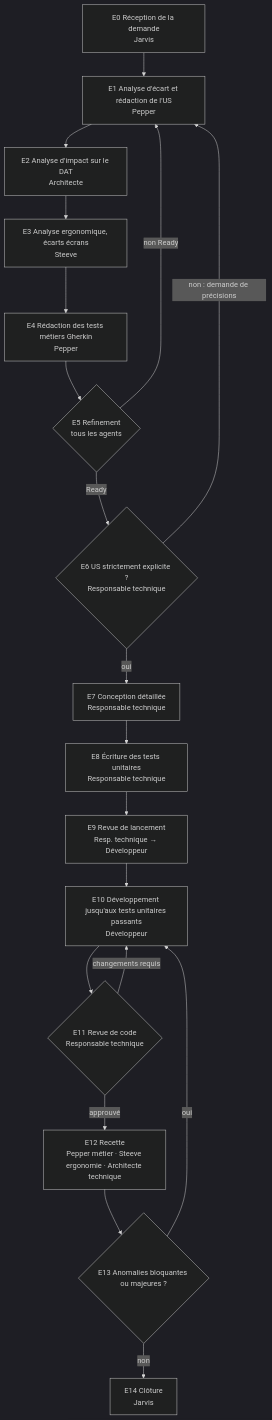
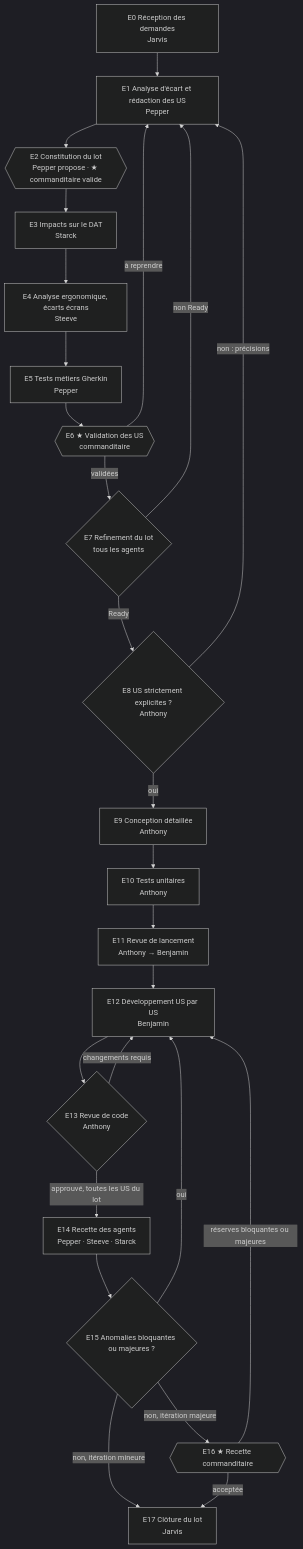
Before and after one commit to mathieublandin-create/taskapp: the diagram in docs/workflow.md, drawn with Mermaid (dark theme). The commit also changed other lines of this file and 10 other files, not shown here.

First line of the commit message:
Workflow v2 : lots, validations du commanditaire, renommage Starck / Anthony / Benjamin

````diff
--- a/docs/workflow.md
+++ b/docs/workflow.md
@@ -7,21 +32,27 @@
 ```mermaid
 flowchart TD
-    E0[E0 Réception de la demande<br/>Jarvis] --> E1[E1 Analyse d'écart et rédaction de l'US<br/>Pepper]
-    E1 --> E2[E2 Analyse d'impact sur le DAT<br/>Architecte]
-    E2 --> E3[E3 Analyse ergonomique, écarts écrans<br/>Steeve]
-    E3 --> E4[E4 Rédaction des tests métiers Gherkin<br/>Pepper]
-    E4 --> E5{E5 Refinement<br/>tous les agents}
-    E5 -- non Ready --> E1
-    E5 -- Ready --> E6{E6 US strictement explicite ?<br/>Responsable technique}
-    E6 -- non : demande de précisions --> E1
-    E6 -- oui --> E7[E7 Conception détaillée<br/>Responsable technique]
-    E7 --> E8[E8 Écriture des tests unitaires<br/>Responsable technique]
-    E8 --> E9[E9 Revue de lancement<br/>Resp. technique → Développeur]
-    E9 --> E10[E10 Développement jusqu'aux tests unitaires passants<br/>Développeur]
-    E10 --> E11{E11 Revue de code<br/>Responsable technique}
-    E11 -- changements requis --> E10
-    E11 -- approuvé --> E12[E12 Recette<br/>Pepper métier · Steeve ergonomie · Architecte technique]
-    E12 --> E13{E13 Anomalies bloquantes ou majeures ?}
-    E13 -- oui --> E10
-    E13 -- non --> E14[E14 Clôture<br/>Jarvis]
+    E0[E0 Réception des demandes<br/>Jarvis] --> E1[E1 Analyse d'écart et rédaction des US<br/>Pepper]
+    E1 --> E2{{E2 Constitution du lot<br/>Pepper propose · ★ commanditaire valide}}
+    E2 --> E3[E3 Impacts sur le DAT<br/>Starck]
+    E3 --> E4[E4 Analyse ergonomique, écarts écrans<br/>Steeve]
+    E4 --> E5[E5 Tests métiers Gherkin<br/>Pepper]
+    E5 --> E6{{E6 ★ Validation des US<br/>commanditaire}}
+    E6 -- à reprendre --> E1
+    E6 -- validées --> E7{E7 Refinement du lot<br/>tous les agents}
+    E7 -- non Ready --> E1
+    E7 -- Ready --> E8{E8 US strictement explicites ?<br/>Anthony}
+    E8 -- non : précisions --> E1
+    E8 -- oui --> E9[E9 Conception détaillée<br/>Anthony]
+    E9 --> E10[E10 Tests unitaires<br/>Anthony]
+    E10 --> E11[E11 Revue de lancement<br/>Anthony → Benjamin]
+    E11 --> E12[E12 Développement US par US<br/>Benjamin]
+    E12 --> E13{E13 Revue de code<br/>Anthony}
+    E13 -- changements requis --> E12
+    E13 -- approuvé, toutes les US du lot --> E14[E14 Recette des agents<br/>Pepper · Steeve · Starck]
+    E14 --> E15{E15 Anomalies bloquantes ou majeures ?}
+    E15 -- oui --> E12
+    E15 -- non, itération majeure --> E16{{E16 ★ Recette commanditaire}}
+    E15 -- non, itération mineure --> E17[E17 Clôture du lot<br/>Jarvis]
+    E16 -- réserves bloquantes ou majeures --> E12
+    E16 -- acceptée --> E17
 ```
````
